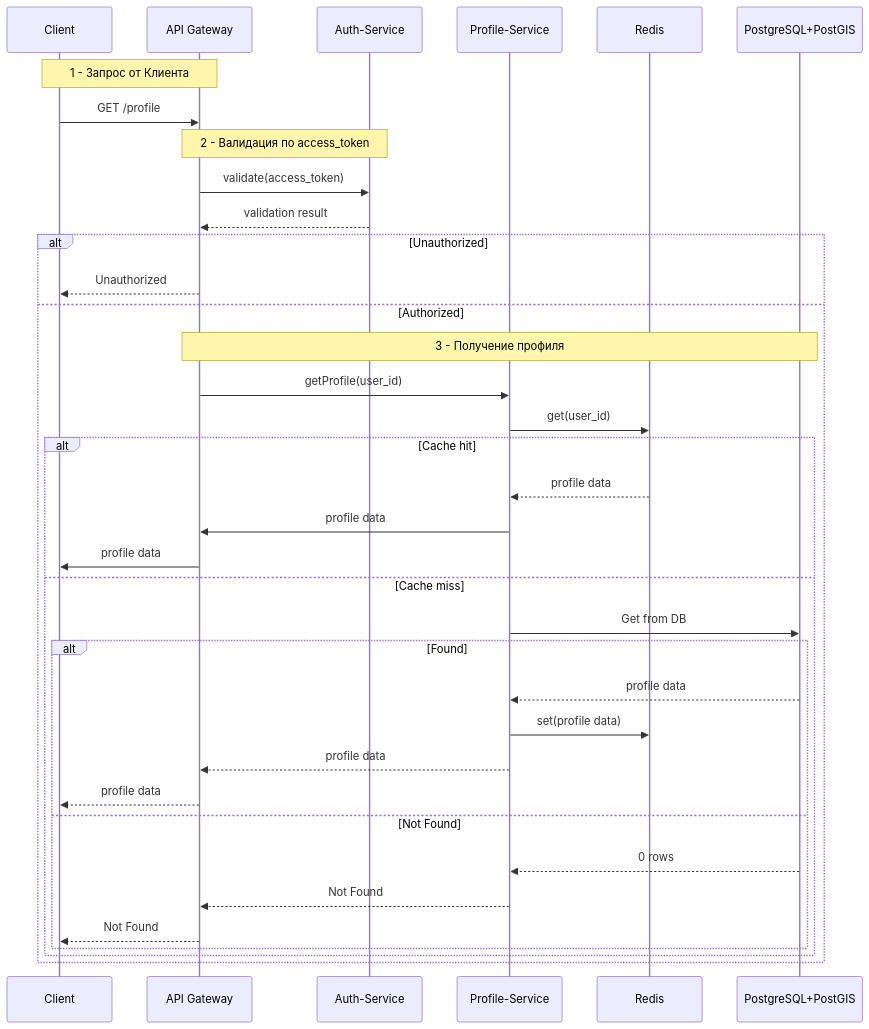
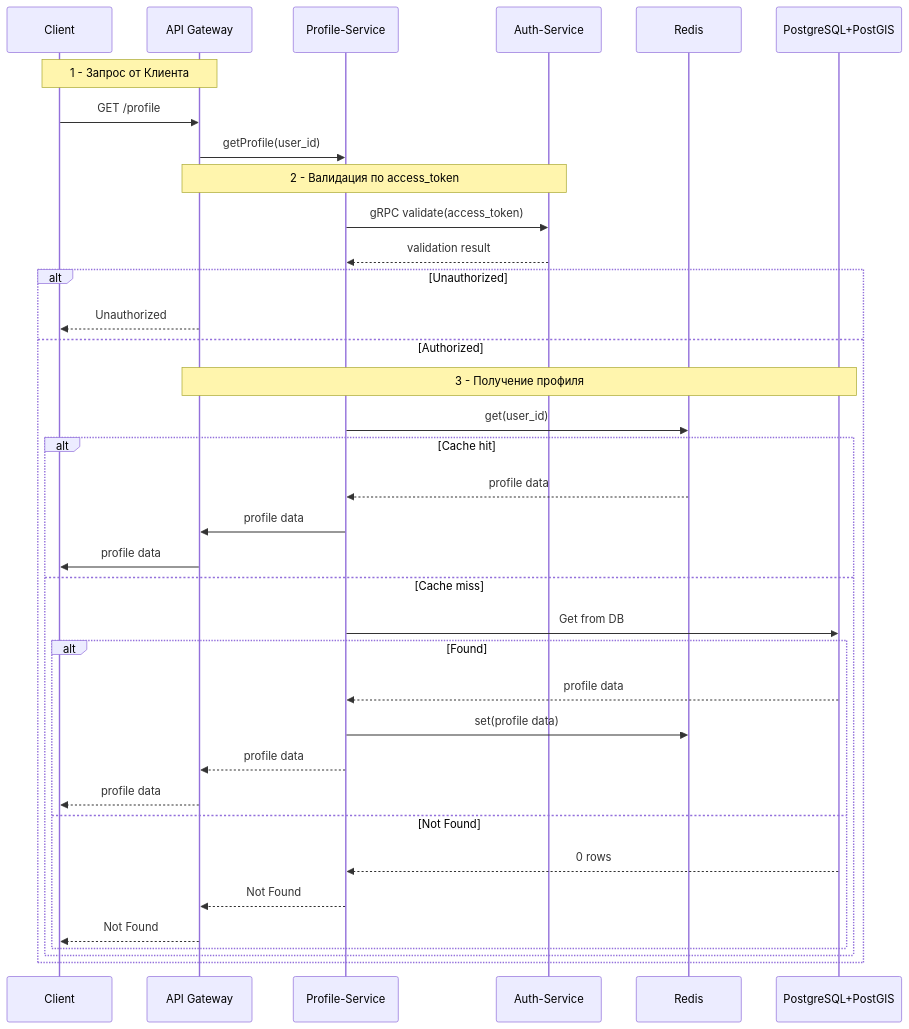
The second of 9 diagrams in docs/workflow-informative.md (isOdin-l/TinderArt), drawn with Mermaid before and after one commit. The commit also changed other lines of this file and 5 other files, not shown here.

Commit message:
docs: updated workflow, architecture, structures docs

````diff
--- a/docs/workflow-informative.md
+++ b/docs/workflow-informative.md
@@ -24,45 +23,45 @@
 ```mermaid
 sequenceDiagram
     participant Client
     participant Gateway     as API Gateway
+    participant Profile     as Profile-Service
     participant Auth        as Auth-Service
-    participant Profile     as Profile-Service
     participant Cache       as Redis
     participant DB          as PostgreSQL+PostGIS
 
     Note over Client, Gateway: 1 - Запрос от Клиента
     Client->>Gateway: GET /profile
+    Gateway->>Profile: getProfile(user_id)
 
     Note over Gateway, Auth: 2 - Валидация по access_token
-    Gateway->>Auth: validate(access_token)
-    Auth-->>Gateway: validation result
+    Profile->>Auth: gRPC validate(access_token)
+    Auth-->>Profile: validation result
 
     alt Unauthorized
         Gateway-->>Client: Unauthorized
     else Authorized
         Note over Gateway, DB: 3 - Получение профиля
         
-        Gateway->>Profile: getProfile(user_id)
         Profile->>Cache: get(user_id)
 
         alt Cache hit
             Cache-->>Profile: profile data
             Profile->>Gateway: profile data
             Gateway->>Client: profile data
         else Cache miss
             Profile->>DB: Get from DB
             alt Found
                 DB-->>Profile: profile data
                 Profile->>Cache: set(profile data)
 
                 Profile-->>Gateway: profile data
                 Gateway-->>Client: profile data
             else Not Found
                 DB-->>Profile: 0 rows
                 Profile-->>Gateway: Not Found
                 Gateway-->>Client: Not Found
             end
         end
 
     end
 ```
````
